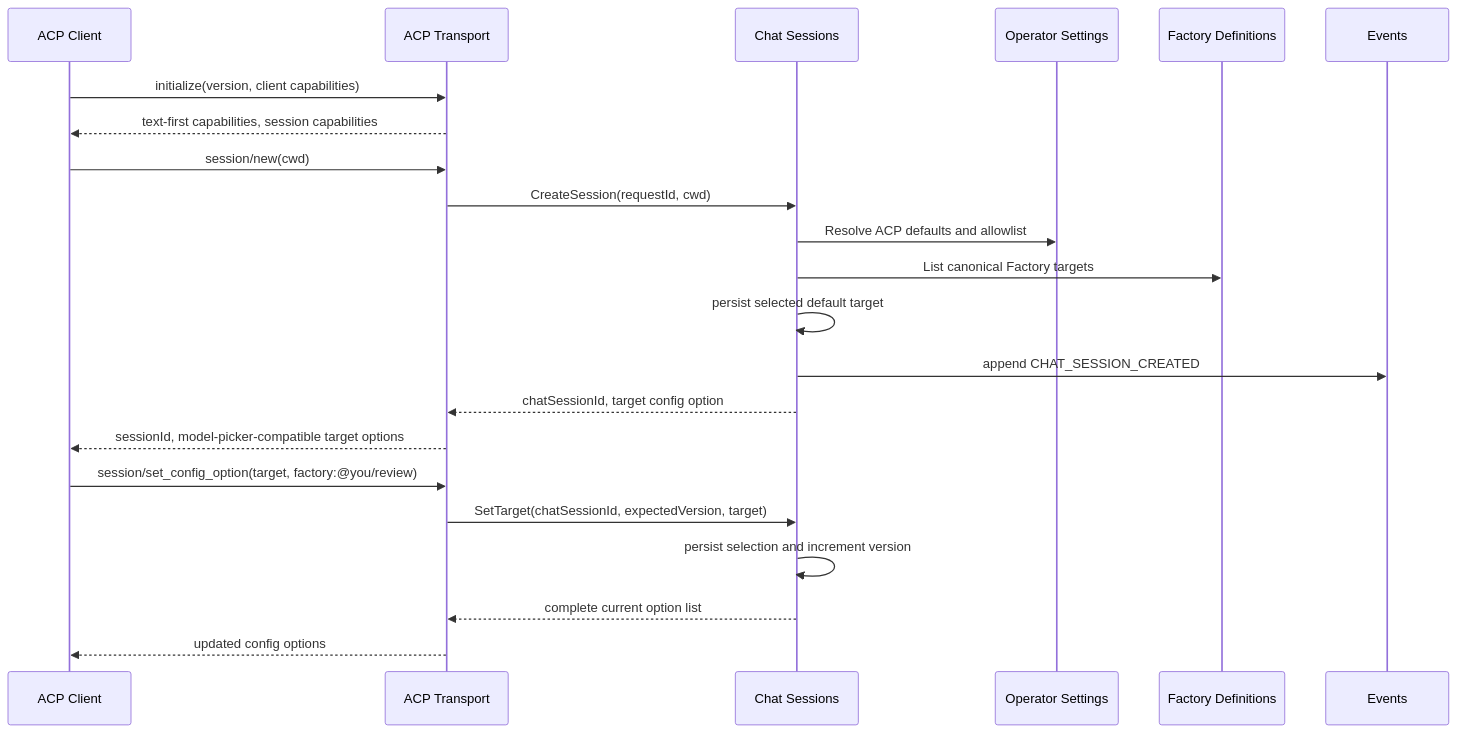
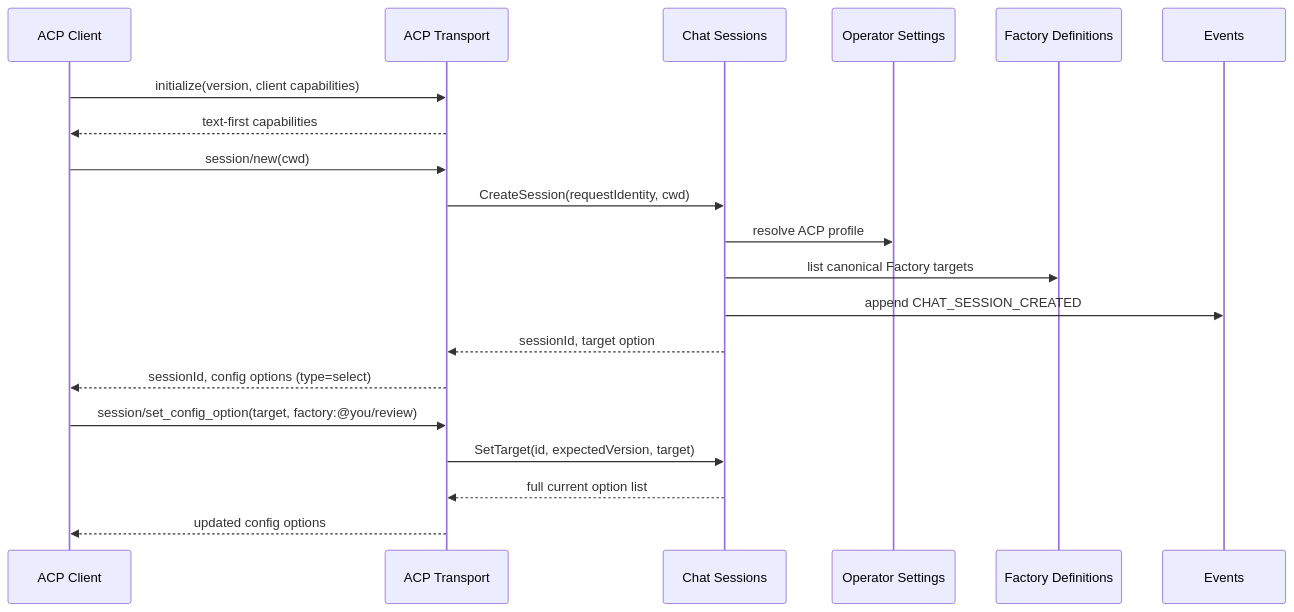
Before and after one commit to portpowered/you-agent-factory: the first of 4 diagrams in docs/internal/projects/acp-client/final-proposal.md, drawn with Mermaid. The commit also changed other lines of this file and 1 other file, not shown here.

````diff
--- a/docs/internal/projects/acp-client/final-proposal.md
+++ b/docs/internal/projects/acp-client/final-proposal.md
@@ -848,25 +475,23 @@
 ```mermaid
 sequenceDiagram
     participant C as ACP Client
     participant A as ACP Transport
     participant Chat as Chat Sessions
-    participant Settings as Operator Settings
+    participant Set as Operator Settings
     participant Def as Factory Definitions
     participant Ev as Events
 
     C->>A: initialize(version, client capabilities)
-    A-->>C: text-first capabilities, session capabilities
+    A-->>C: text-first capabilities
     C->>A: session/new(cwd)
-    A->>Chat: CreateSession(requestId, cwd)
-    Chat->>Settings: Resolve ACP defaults and allowlist
-    Chat->>Def: List canonical Factory targets
-    Chat->>Chat: persist selected default target
+    A->>Chat: CreateSession(requestIdentity, cwd)
+    Chat->>Set: resolve ACP profile
+    Chat->>Def: list canonical Factory targets
     Chat->>Ev: append CHAT_SESSION_CREATED
-    Chat-->>A: chatSessionId, target config option
-    A-->>C: sessionId, model-picker-compatible target options
+    Chat-->>A: sessionId, target option
+    A-->>C: sessionId, config options (type=select)
     C->>A: session/set_config_option(target, factory:@you/review)
-    A->>Chat: SetTarget(chatSessionId, expectedVersion, target)
-    Chat->>Chat: persist selection and increment version
-    Chat-->>A: complete current option list
+    A->>Chat: SetTarget(id, expectedVersion, target)
+    Chat-->>A: full current option list
     A-->>C: updated config options
 ```
````
